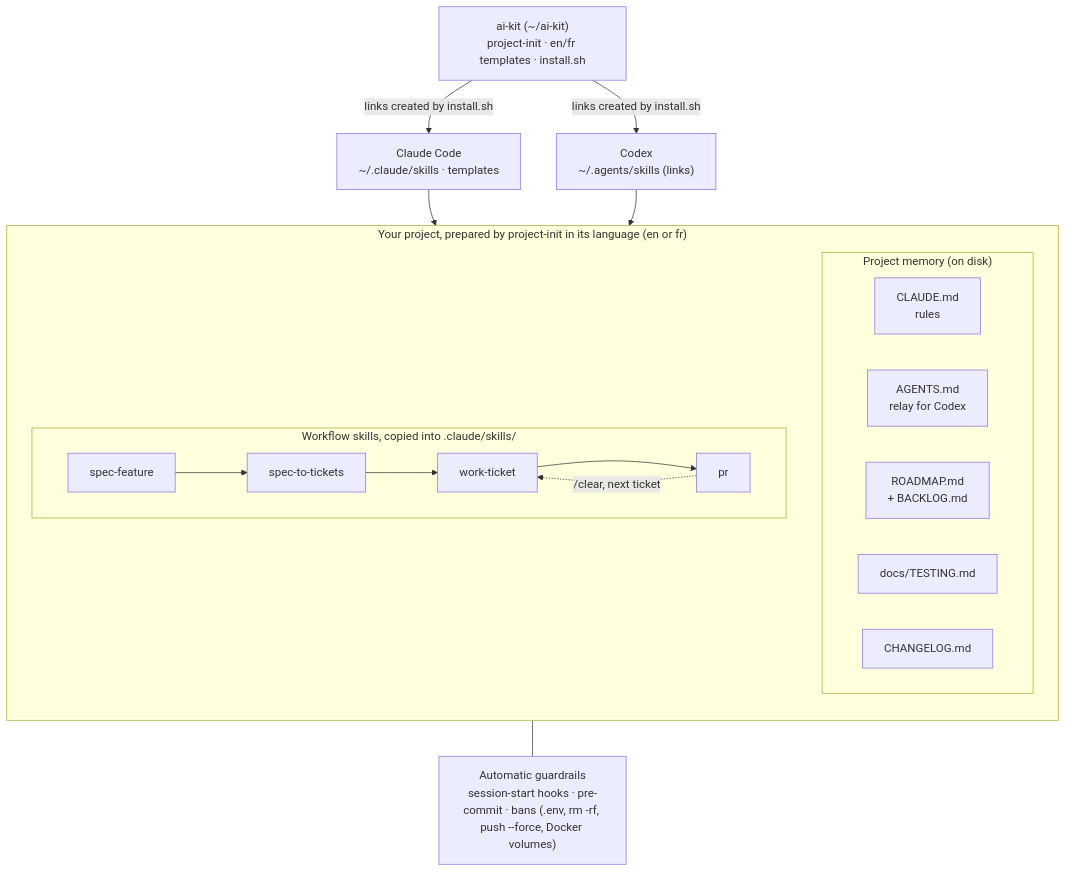
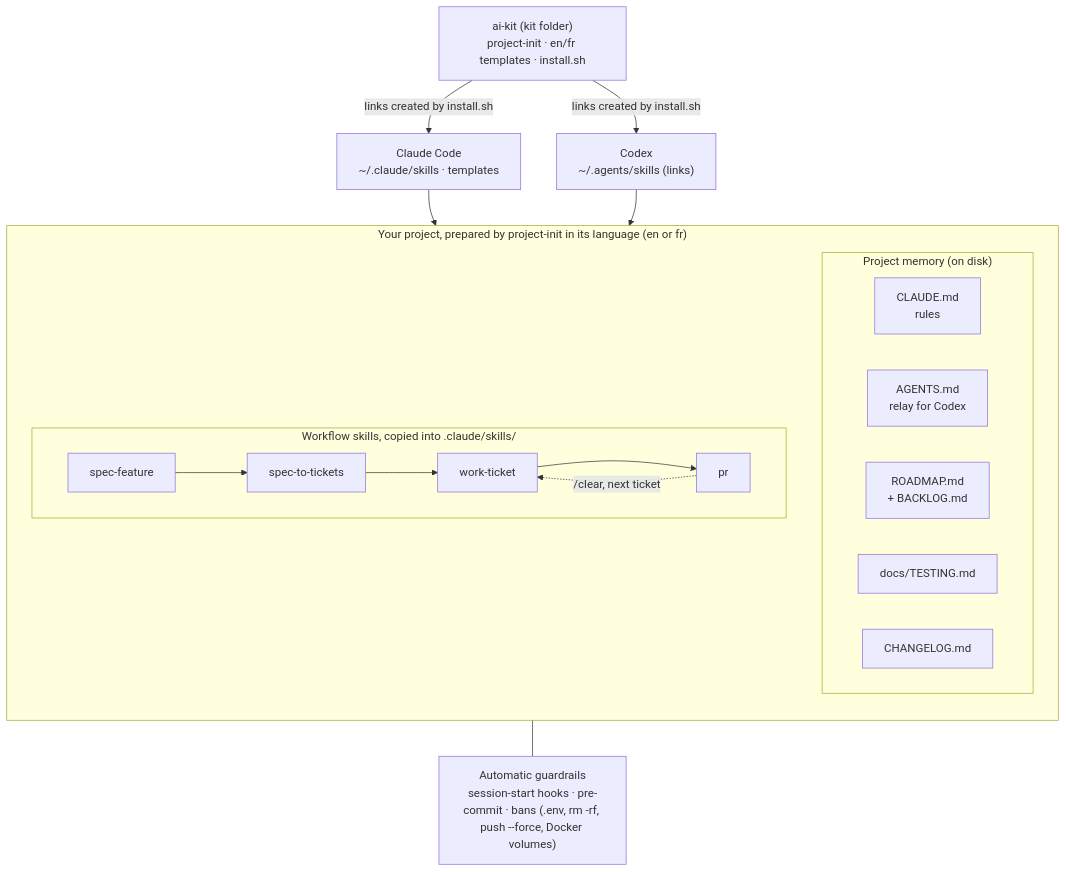
One commit to drisshaou/ai-kit changed the first of 2 diagrams in GUIDE.md. Above: the diagram before and after it, drawn with Mermaid. The commit also changed other lines of this file and 1 other file, not shown here.

First line of the commit message:
docs(guide): refer to the kit folder instead of a fixed ~/ai-kit path

````diff
--- a/GUIDE.md
+++ b/GUIDE.md
@@ -10,30 +10,30 @@
 ```mermaid
 flowchart TD
-    KIT["ai-kit (~/ai-kit)<br/>project-init · en/fr templates · install.sh"]
+    KIT["ai-kit (kit folder)<br/>project-init · en/fr templates · install.sh"]
     CLAUDE["Claude Code<br/>~/.claude/skills · templates"]
     CODEX["Codex<br/>~/.agents/skills (links)"]
     KIT -->|links created by install.sh| CLAUDE
     KIT -->|links created by install.sh| CODEX
 
     subgraph PROJECT["Your project, prepared by project-init in its language (en or fr)"]
         direction TB
         subgraph FILES["Project memory (on disk)"]
             direction LR
             F1["CLAUDE.md<br/>rules"]
             F2["AGENTS.md<br/>relay for Codex"]
             F3["ROADMAP.md<br/>+ BACKLOG.md"]
             F4["docs/TESTING.md"]
             F5["CHANGELOG.md"]
         end
         subgraph FLOW["Workflow skills, copied into .claude/skills/"]
             direction LR
             S1["spec-feature"] --> S2["spec-to-tickets"] --> S3["work-ticket"] --> S4["pr"]
             S4 -.->|"/clear, next ticket"| S3
         end
     end
 
     CLAUDE --> PROJECT
     CODEX --> PROJECT
     GUARD["Automatic guardrails<br/>session-start hooks · pre-commit · bans (.env, rm -rf, push --force, Docker volumes)"]
     PROJECT --- GUARD
 ```
````
